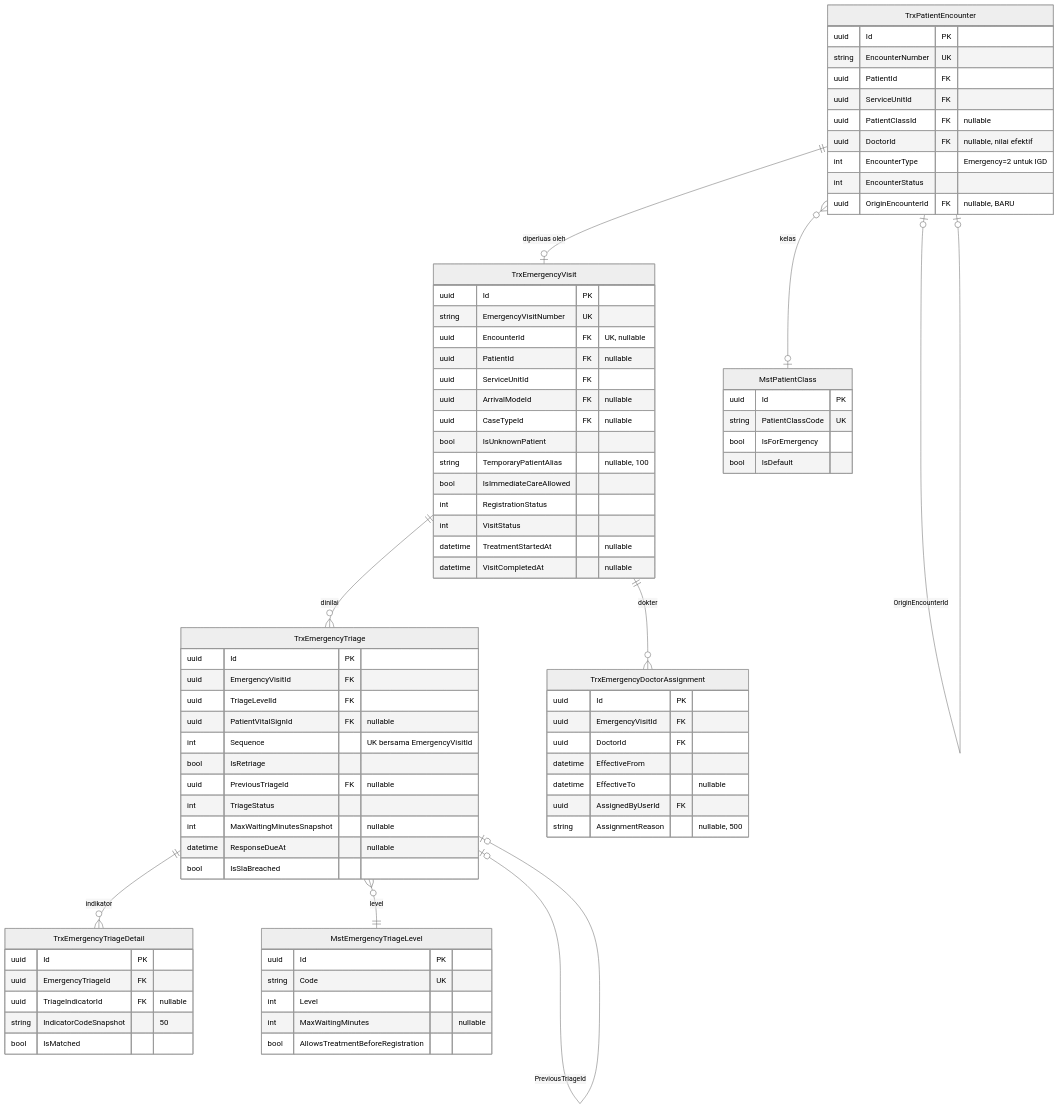
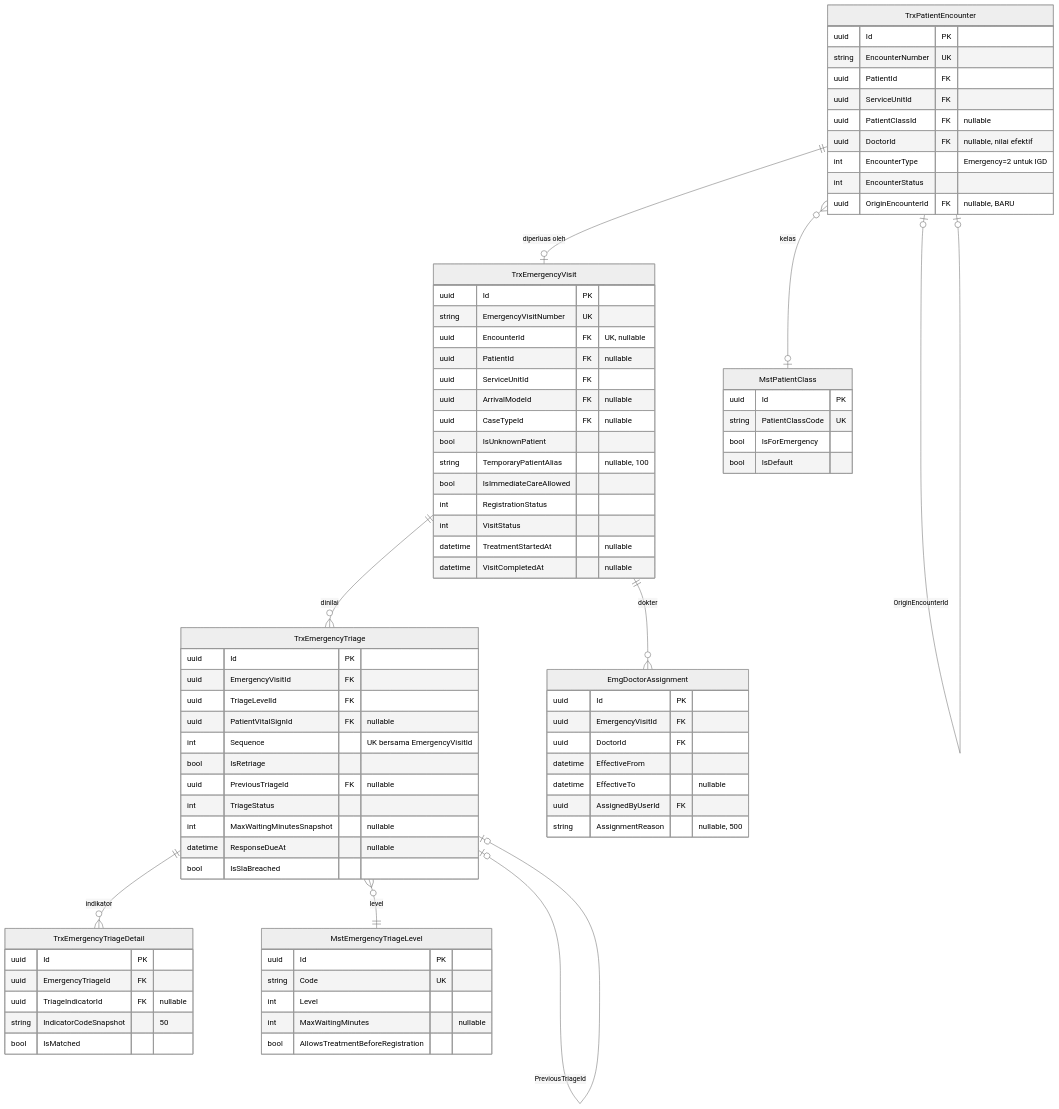
Before and after one commit to DevBenari/NewQuilvianSystemBackend: the diagram in docs/module-blueprints/igd/erd/emergency-episode.md, drawn with Mermaid (neutral theme). The commit also changed other lines of this file and 19 other files, not shown here.

````diff
--- a/docs/module-blueprints/igd/erd/emergency-episode.md
+++ b/docs/module-blueprints/igd/erd/emergency-episode.md
@@ -14,81 +15,81 @@
 ```mermaid
 erDiagram
     TrxPatientEncounter {
         uuid Id PK
         string EncounterNumber UK
         uuid PatientId FK
         uuid ServiceUnitId FK
         uuid PatientClassId FK "nullable"
         uuid DoctorId FK "nullable, nilai efektif"
         int EncounterType "Emergency=2 untuk IGD"
         int EncounterStatus
         uuid OriginEncounterId FK "nullable, BARU"
     }
     TrxEmergencyVisit {
         uuid Id PK
         string EmergencyVisitNumber UK
         uuid EncounterId FK "UK, nullable"
         uuid PatientId FK "nullable"
         uuid ServiceUnitId FK
         uuid ArrivalModeId FK "nullable"
         uuid CaseTypeId FK "nullable"
         bool IsUnknownPatient
         string TemporaryPatientAlias "nullable, 100"
         bool IsImmediateCareAllowed
         int RegistrationStatus
         int VisitStatus
         datetime TreatmentStartedAt "nullable"
         datetime VisitCompletedAt "nullable"
     }
     TrxEmergencyTriage {
         uuid Id PK
         uuid EmergencyVisitId FK
         uuid TriageLevelId FK
         uuid PatientVitalSignId FK "nullable"
         int Sequence "UK bersama EmergencyVisitId"
         bool IsRetriage
         uuid PreviousTriageId FK "nullable"
         int TriageStatus
         int MaxWaitingMinutesSnapshot "nullable"
         datetime ResponseDueAt "nullable"
         bool IsSlaBreached
     }
     TrxEmergencyTriageDetail {
         uuid Id PK
         uuid EmergencyTriageId FK
         uuid TriageIndicatorId FK "nullable"
         string IndicatorCodeSnapshot "50"
         bool IsMatched
     }
-    TrxEmergencyDoctorAssignment {
+    EmgDoctorAssignment {
         uuid Id PK
         uuid EmergencyVisitId FK
         uuid DoctorId FK
         datetime EffectiveFrom
         datetime EffectiveTo "nullable"
         uuid AssignedByUserId FK
         string AssignmentReason "nullable, 500"
     }
     MstEmergencyTriageLevel {
         uuid Id PK
         string Code UK
         int Level
         int MaxWaitingMinutes "nullable"
         bool AllowsTreatmentBeforeRegistration
     }
     MstPatientClass {
         uuid Id PK
         string PatientClassCode UK
         bool IsForEmergency
         bool IsDefault
     }
 
     TrxPatientEncounter ||--o| TrxEmergencyVisit : "diperluas oleh"
     TrxPatientEncounter |o--o| TrxPatientEncounter : "OriginEncounterId"
     TrxPatientEncounter }o--o| MstPatientClass : "kelas"
     TrxEmergencyVisit ||--o{ TrxEmergencyTriage : "dinilai"
     TrxEmergencyTriage ||--o{ TrxEmergencyTriageDetail : "indikator"
     TrxEmergencyTriage |o--o| TrxEmergencyTriage : "PreviousTriageId"
     TrxEmergencyTriage }o--|| MstEmergencyTriageLevel : "level"
-    TrxEmergencyVisit ||--o{ TrxEmergencyDoctorAssignment : "dokter"
+    TrxEmergencyVisit ||--o{ EmgDoctorAssignment : "dokter"
 ```
````
